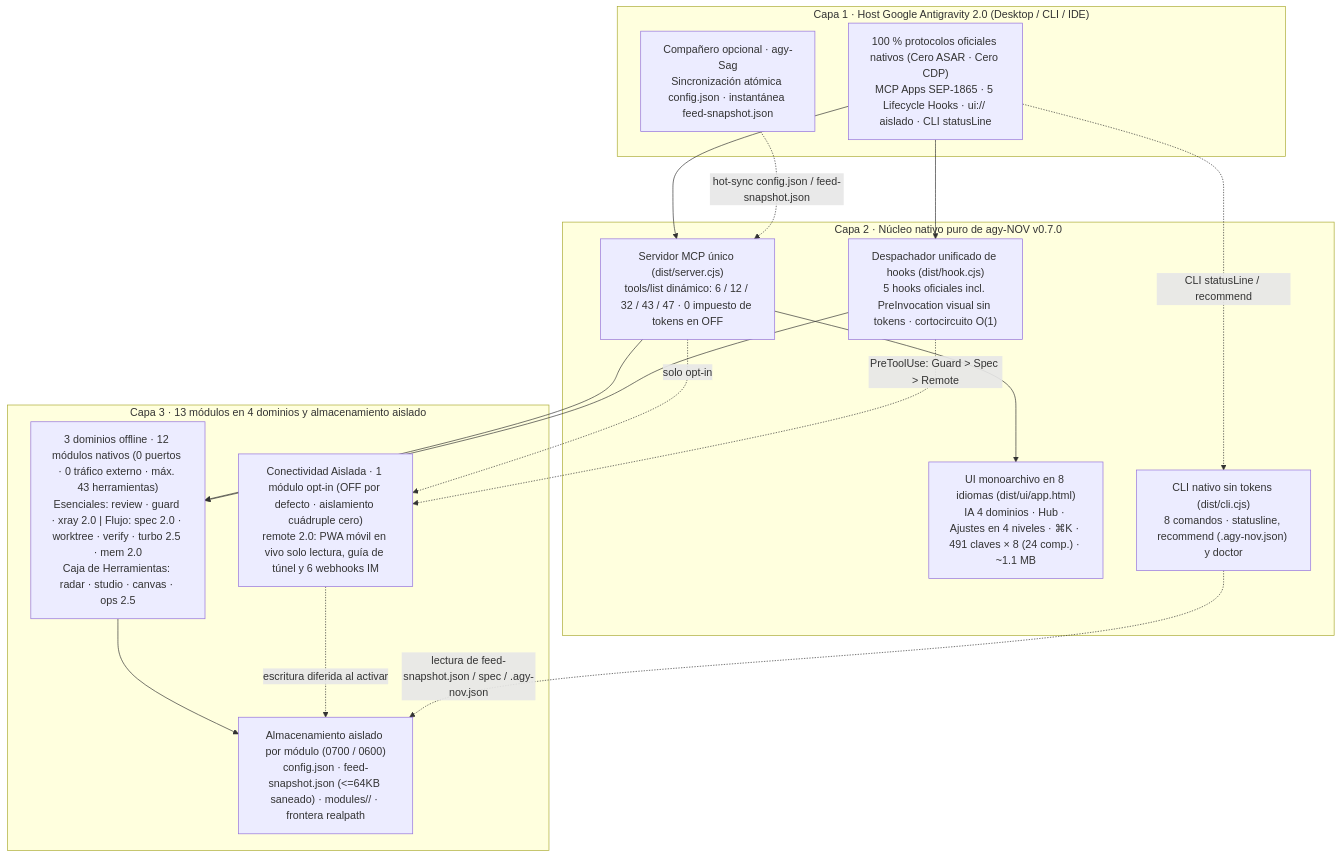
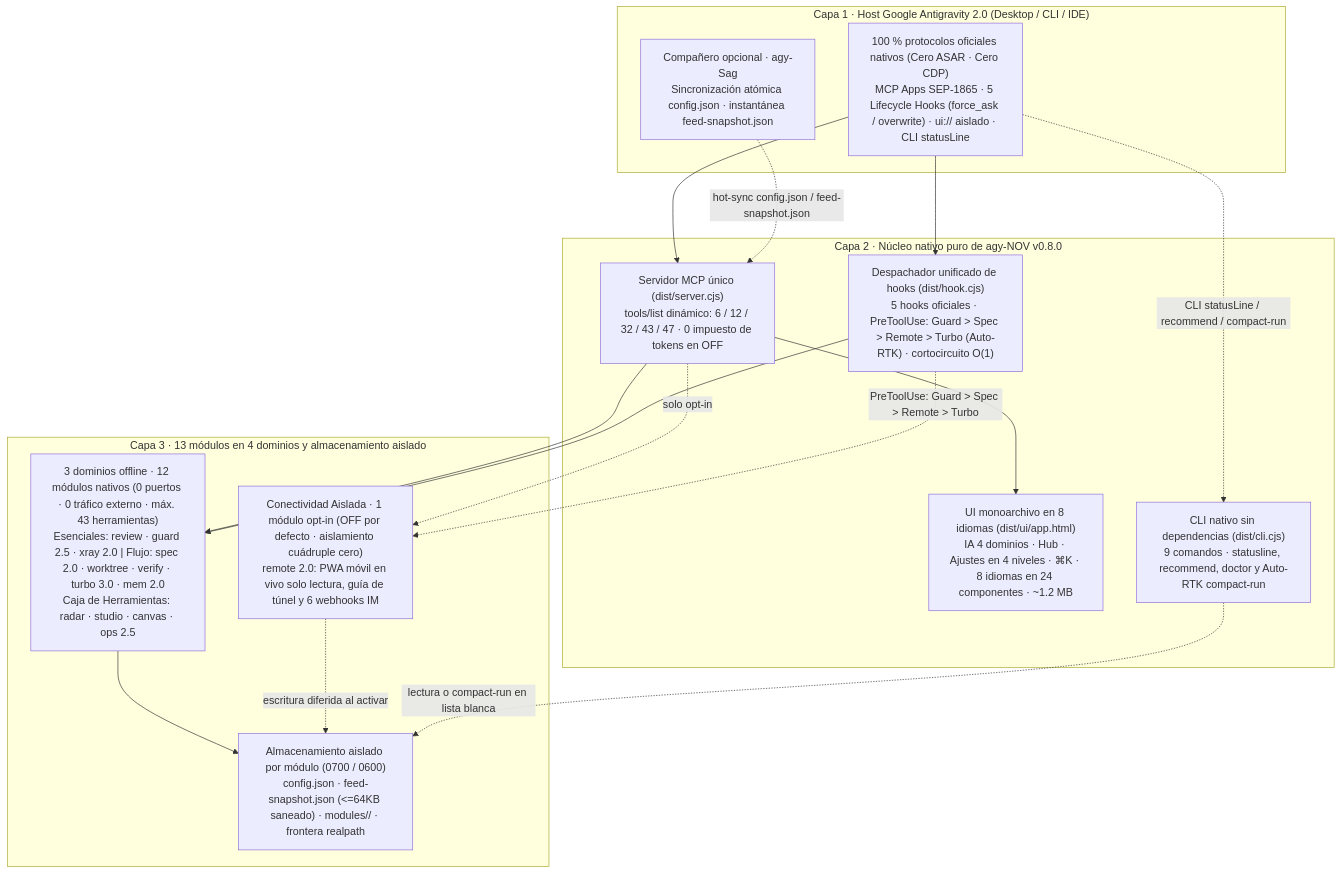
Before and after one commit to tone-leh/agy-NOV: the diagram in docs/i18n/README.es.md, drawn with Mermaid. The commit also changed other lines of this file and 47 other files, not shown here.

Commit message:
release: v0.8.0 — Auto-RTK overwrite proxy, Turbo 3.0 offline dep contracts/references/context pack & Guard 2.5 turn rewind/permission modes

````diff
--- a/docs/i18n/README.es.md
+++ b/docs/i18n/README.es.md
@@ -222,33 +217,33 @@
 ```mermaid
 flowchart TB
   subgraph L1["Capa 1 · Host Google Antigravity 2.0 (Desktop / CLI / IDE)"]
-    Host["100 % protocolos oficiales nativos (Cero ASAR · Cero CDP)\nMCP Apps SEP-1865 · 5 Lifecycle Hooks · ui:// aislado · CLI statusLine"]
+    Host["100 % protocolos oficiales nativos (Cero ASAR · Cero CDP)\nMCP Apps SEP-1865 · 5 Lifecycle Hooks (force_ask / overwrite) · ui:// aislado · CLI statusLine"]
     Sag["Compañero opcional · agy-Sag\nSincronización atómica config.json · instantánea feed-snapshot.json"]
   end
 
-  subgraph L2["Capa 2 · Núcleo nativo puro de agy-NOV v0.7.0"]
+  subgraph L2["Capa 2 · Núcleo nativo puro de agy-NOV v0.8.0"]
     MCP["Servidor MCP único (dist/server.cjs)\ntools/list dinámico: 6 / 12 / 32 / 43 / 47 · 0 impuesto de tokens en OFF"]
-    Hook["Despachador unificado de hooks (dist/hook.cjs)\n5 hooks oficiales incl. PreInvocation visual sin tokens · cortocircuito O(1)"]
-    UI["UI monoarchivo en 8 idiomas (dist/ui/app.html)\nIA 4 dominios · Hub · Ajustes en 4 niveles · ⌘K · 491 claves × 8 (24 comp.) · ~1.1 MB"]
-    CLI["CLI nativo sin tokens (dist/cli.cjs)\n8 comandos · statusline, recommend (.agy-nov.json) y doctor"]
+    Hook["Despachador unificado de hooks (dist/hook.cjs)\n5 hooks oficiales · PreToolUse: Guard > Spec > Remote > Turbo (Auto-RTK) · cortocircuito O(1)"]
+    UI["UI monoarchivo en 8 idiomas (dist/ui/app.html)\nIA 4 dominios · Hub · Ajustes en 4 niveles · ⌘K · 8 idiomas en 24 componentes · ~1.2 MB"]
+    CLI["CLI nativo sin dependencias (dist/cli.cjs)\n9 comandos · statusline, recommend, doctor y Auto-RTK compact-run"]
   end
 
   subgraph L3["Capa 3 · 13 módulos en 4 dominios y almacenamiento aislado"]
-    T1["3 dominios offline · 12 módulos nativos (0 puertos · 0 tráfico externo · máx. 43 herramientas)\nEsenciales: review · guard · xray 2.0 | Flujo: spec 2.0 · worktree · verify · turbo 2.5 · mem 2.0\nCaja de Herramientas: radar · studio · canvas · ops 2.5"]
+    T1["3 dominios offline · 12 módulos nativos (0 puertos · 0 tráfico externo · máx. 43 herramientas)\nEsenciales: review · guard 2.5 · xray 2.0 | Flujo: spec 2.0 · worktree · verify · turbo 3.0 · mem 2.0\nCaja de Herramientas: radar · studio · canvas · ops 2.5"]
     T2R["Conectividad Aislada · 1 módulo opt-in (OFF por defecto · aislamiento cuádruple cero)\nremote 2.0: PWA móvil en vivo solo lectura, guía de túnel y 6 webhooks IM"]
     Store["Almacenamiento aislado por módulo (0700 / 0600)\nconfig.json · feed-snapshot.json (<=64KB saneado) · modules/<id>/ · frontera realpath"]
   end
 
   Host --> MCP
   Host --> Hook
-  Host -. "CLI statusLine / recommend" .-> CLI
+  Host -. "CLI statusLine / recommend / compact-run" .-> CLI
   Sag -. "hot-sync config.json / feed-snapshot.json" .-> MCP
   MCP --> UI
   MCP --> T1
   MCP -. "solo opt-in" .-> T2R
   Hook --> T1
-  Hook -. "PreToolUse: Guard > Spec > Remote" .-> T2R
+  Hook -. "PreToolUse: Guard > Spec > Remote > Turbo" .-> T2R
   T1 --> Store
   T2R -. "escritura diferida al activar" .-> Store
-  CLI -. "lectura de feed-snapshot.json / spec / .agy-nov.json" .-> Store
+  CLI -. "lectura o compact-run en lista blanca" .-> Store
 ```
````
